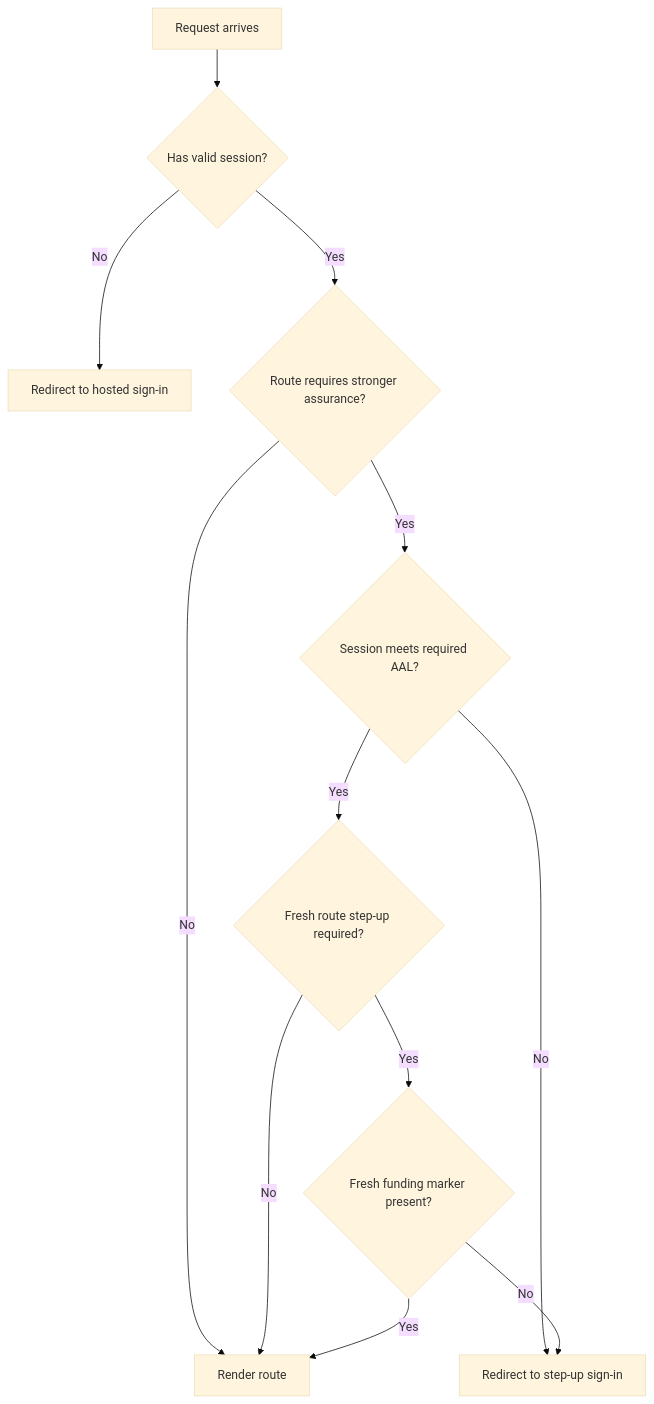
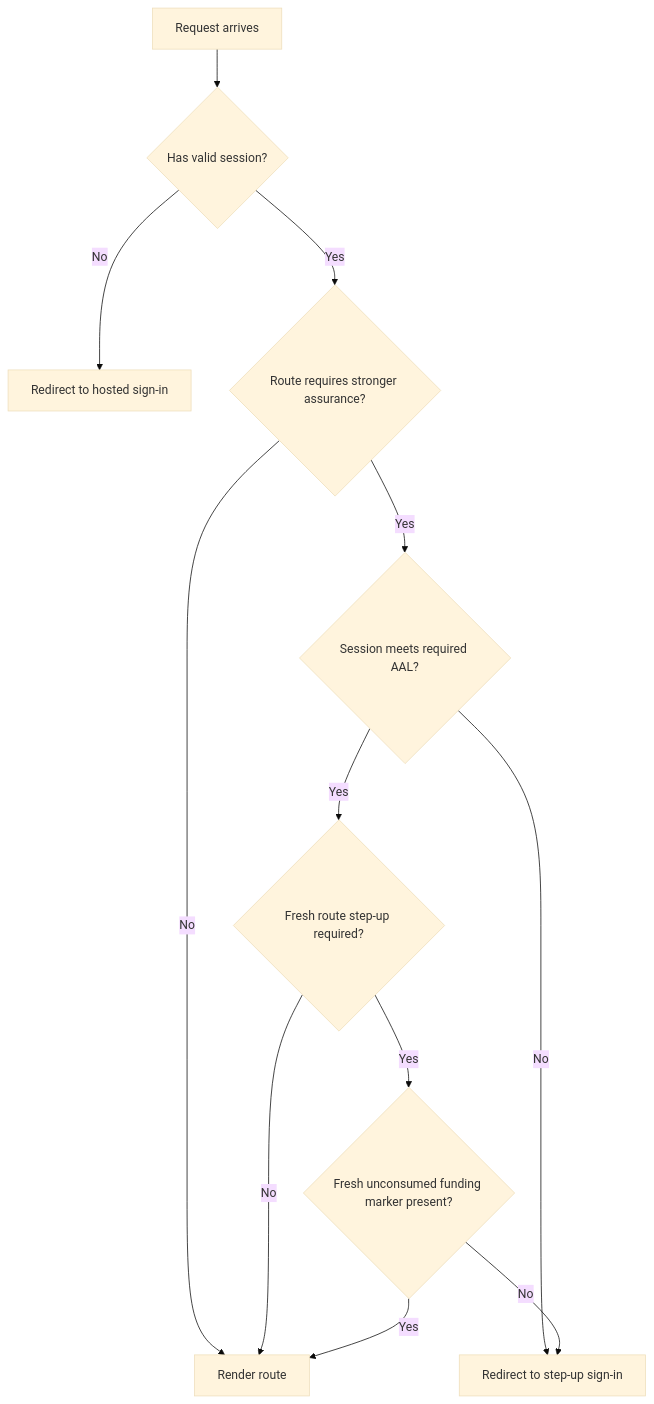
The third of 5 diagrams in docs/architecture/auth-server-flows.md (vc4u2c/acme-los), drawn with Mermaid (base theme) before and after one commit. The commit also changed other lines of this file and 29 other files, not shown here.

````diff
--- a/docs/architecture/auth-server-flows.md
+++ b/docs/architecture/auth-server-flows.md
@@ -170,14 +170,14 @@
 ```mermaid
 flowchart TD
   A[Request arrives] --> B{Has valid session?}
   B -- No --> C[Redirect to hosted sign-in]
   B -- Yes --> D{Route requires stronger assurance?}
   D -- No --> E[Render route]
   D -- Yes --> F{Session meets required AAL?}
   F -- No --> G[Redirect to step-up sign-in]
   F -- Yes --> H{Fresh route step-up required?}
   H -- No --> E
-  H -- Yes --> I{Fresh funding marker present?}
+  H -- Yes --> I{Fresh unconsumed funding marker present?}
   I -- No --> G
   I -- Yes --> E
 ```
````
